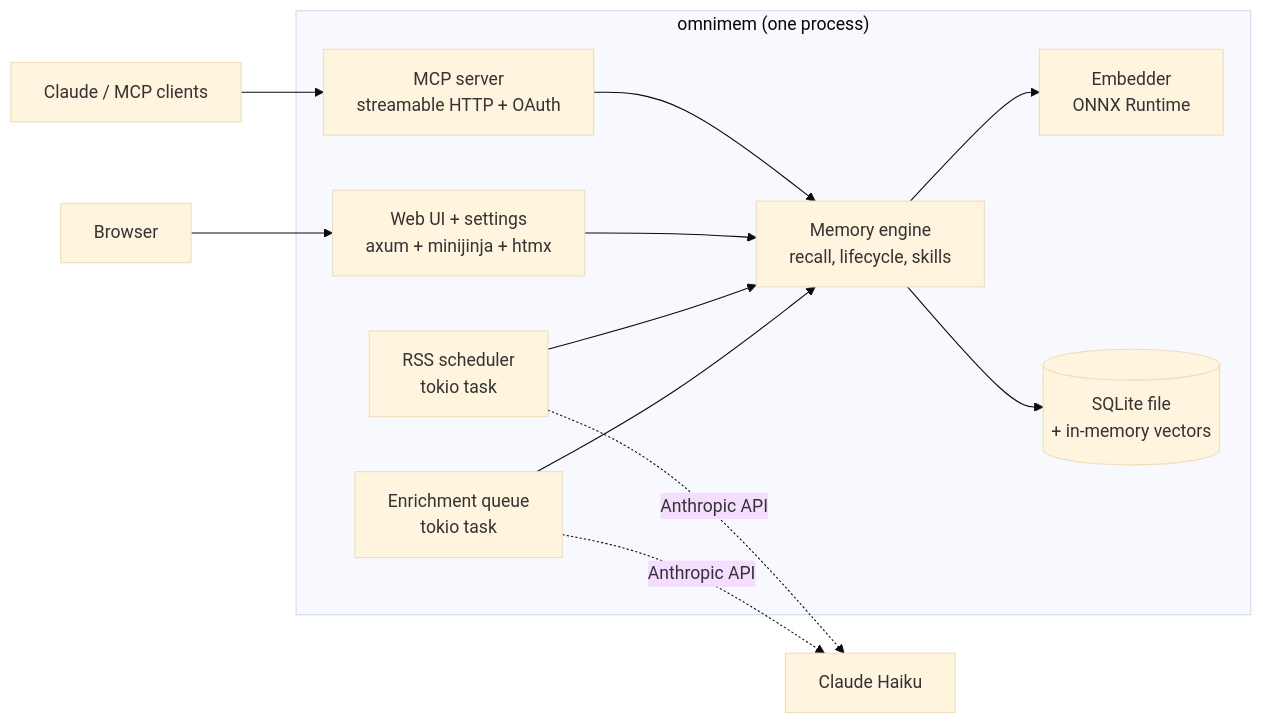
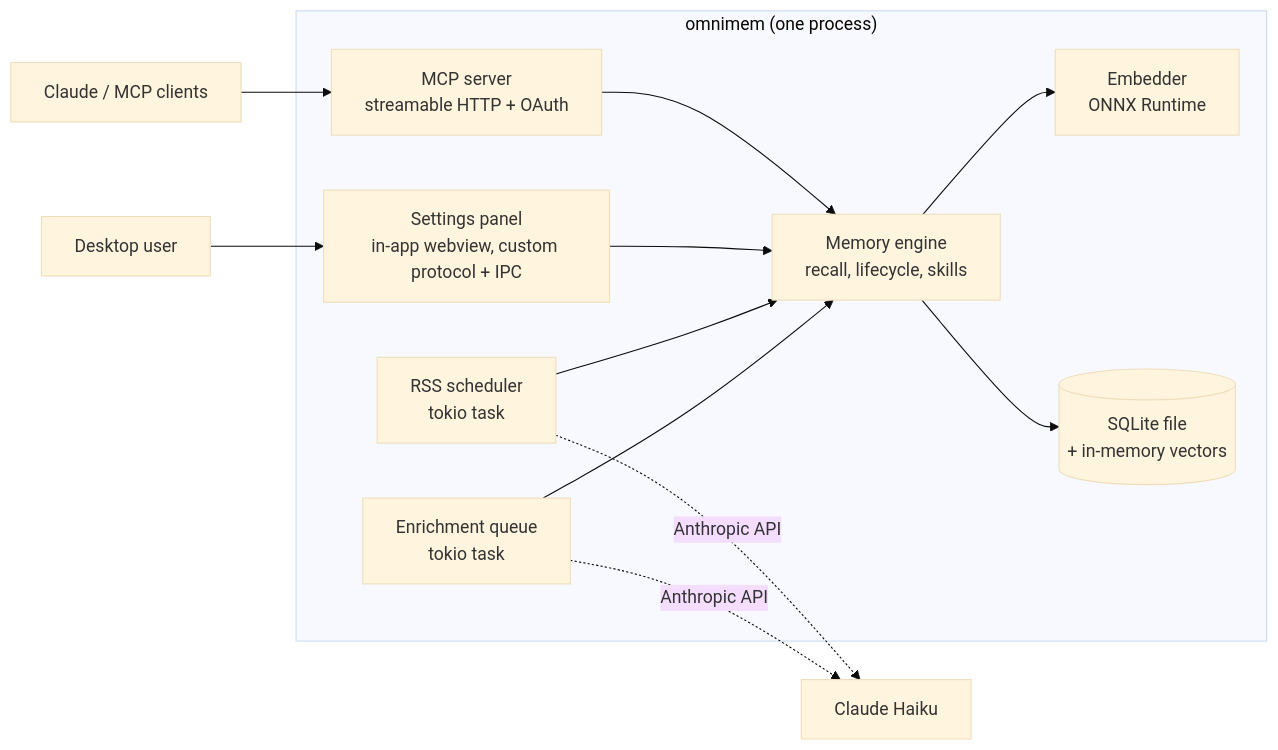
The diagram in docs/rust-port-plan.md (richarvey/OmniMem), drawn with Mermaid (base theme) before and after one commit. The commit also changed other lines of this file and 19 other files, not shown here.

````diff
--- a/docs/rust-port-plan.md
+++ b/docs/rust-port-plan.md
@@ -40,22 +42,22 @@
 ```mermaid
 flowchart LR
     subgraph omnimem["omnimem (one process)"]
         mcp["MCP server<br/>streamable HTTP + OAuth"]
-        web["Web UI + settings<br/>axum + minijinja + htmx"]
+        panel["Settings panel<br/>in-app webview, custom protocol + IPC"]
         rss["RSS scheduler<br/>tokio task"]
         enrich["Enrichment queue<br/>tokio task"]
         engine["Memory engine<br/>recall, lifecycle, skills"]
         embed["Embedder<br/>ONNX Runtime"]
         store[("SQLite file<br/>+ in-memory vectors")]
     end
     agent["Claude / MCP clients"] --> mcp
-    browser["Browser"] --> web
+    user["Desktop user"] --> panel
     mcp --> engine
-    web --> engine
+    panel --> engine
     rss --> engine
     enrich --> engine
     engine --> embed
     engine --> store
     rss -. "Anthropic API" .-> haiku["Claude Haiku"]
     enrich -. "Anthropic API" .-> haiku
 ```
````
